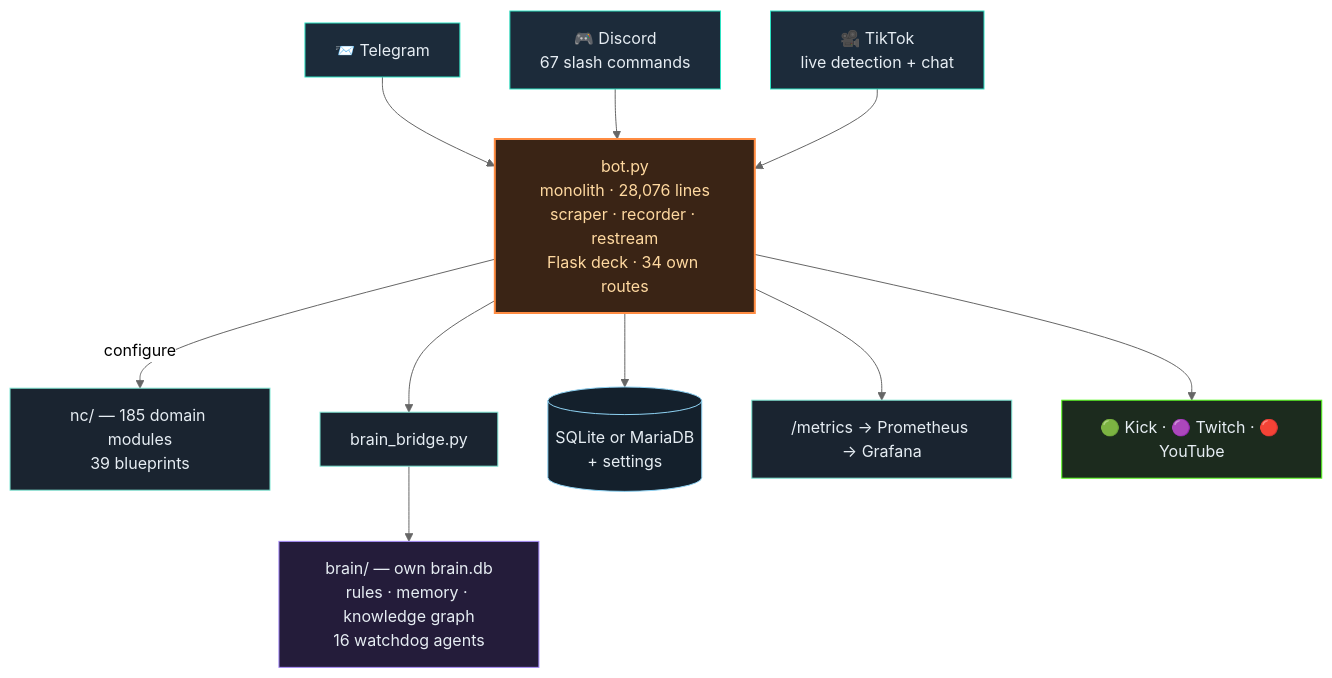
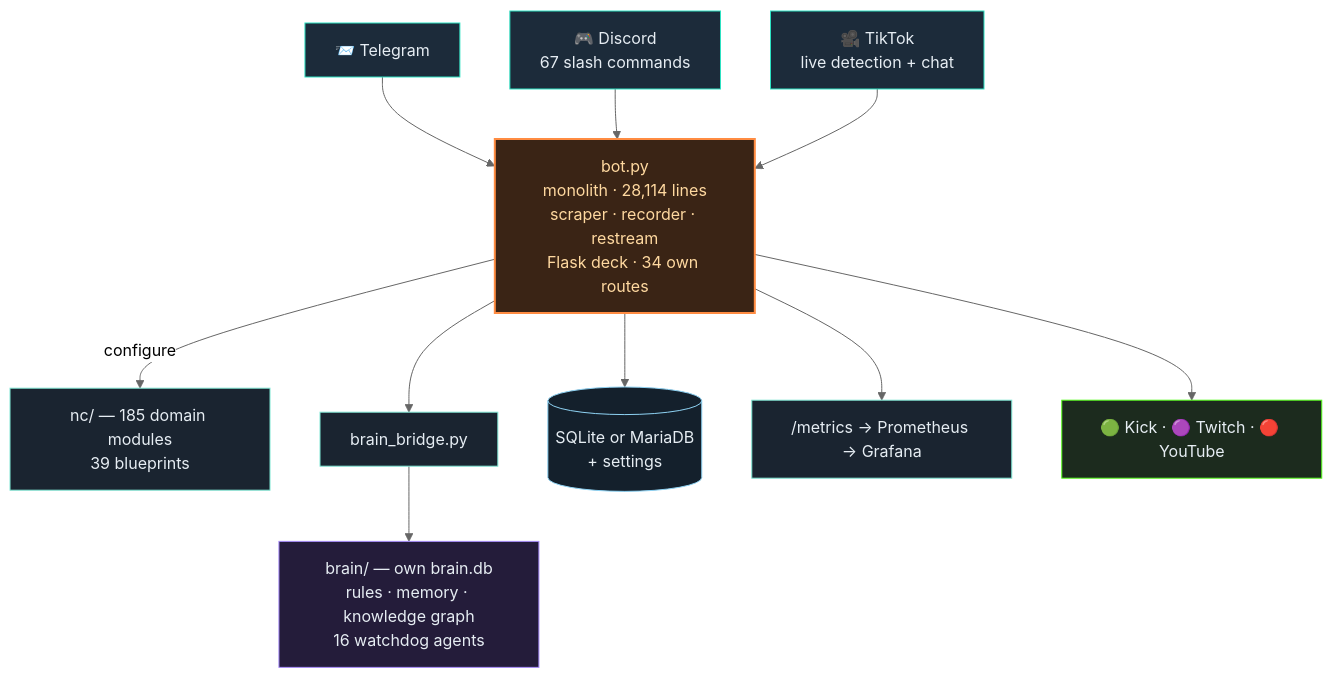
One commit to itsamemedev/Telegram-Stream-Info-Bot changed the second of 3 diagrams in README.en.md. Above: the diagram before and after it, drawn with Mermaid (neutral theme). The commit also changed other lines of this file and 11 other files, not shown here.

````diff
--- a/README.en.md
+++ b/README.en.md
@@ -119,19 +119,19 @@
 ```mermaid
 flowchart TB
     TG["📨 Telegram"]:::ein --> BOT
     DC["🎮 Discord<br/>67 slash commands"]:::ein --> BOT
     TT["🎥 TikTok<br/>live detection + chat"]:::ein --> BOT
-    BOT["bot.py<br/>monolith · 28,076 lines<br/>scraper · recorder · restream<br/>Flask deck · 34 own routes"]:::core
+    BOT["bot.py<br/>monolith · 28,114 lines<br/>scraper · recorder · restream<br/>Flask deck · 34 own routes"]:::core
     BOT -->|configure| NC["nc/ — 185 domain modules<br/>39 blueprints"]:::lib
     BOT --> BR["brain_bridge.py"]:::lib
     BR --> BRAIN["brain/ — own brain.db<br/>rules · memory · knowledge graph<br/>16 watchdog agents"]:::brain
     BOT --> DB[("SQLite or MariaDB<br/>+ settings")]:::db
     BOT --> PROM["/metrics → Prometheus → Grafana"]:::lib
     BOT --> OUT["🟢 Kick · 🟣 Twitch · 🔴 YouTube"]:::out
     classDef ein fill:#1c2b3a,stroke:#2de1c2,color:#e6edf3
     classDef core fill:#3a2415,stroke:#ff8c42,stroke-width:2px,color:#ffd9a0
     classDef lib fill:#1a2430,stroke:#7fe7d4,color:#e6edf3
     classDef brain fill:#241c3a,stroke:#a78bfa,color:#e6edf3
     classDef db fill:#14202c,stroke:#8fd3f4,color:#e6edf3
     classDef out fill:#1c2b1e,stroke:#53fc18,color:#e6edf3
 ```
````
